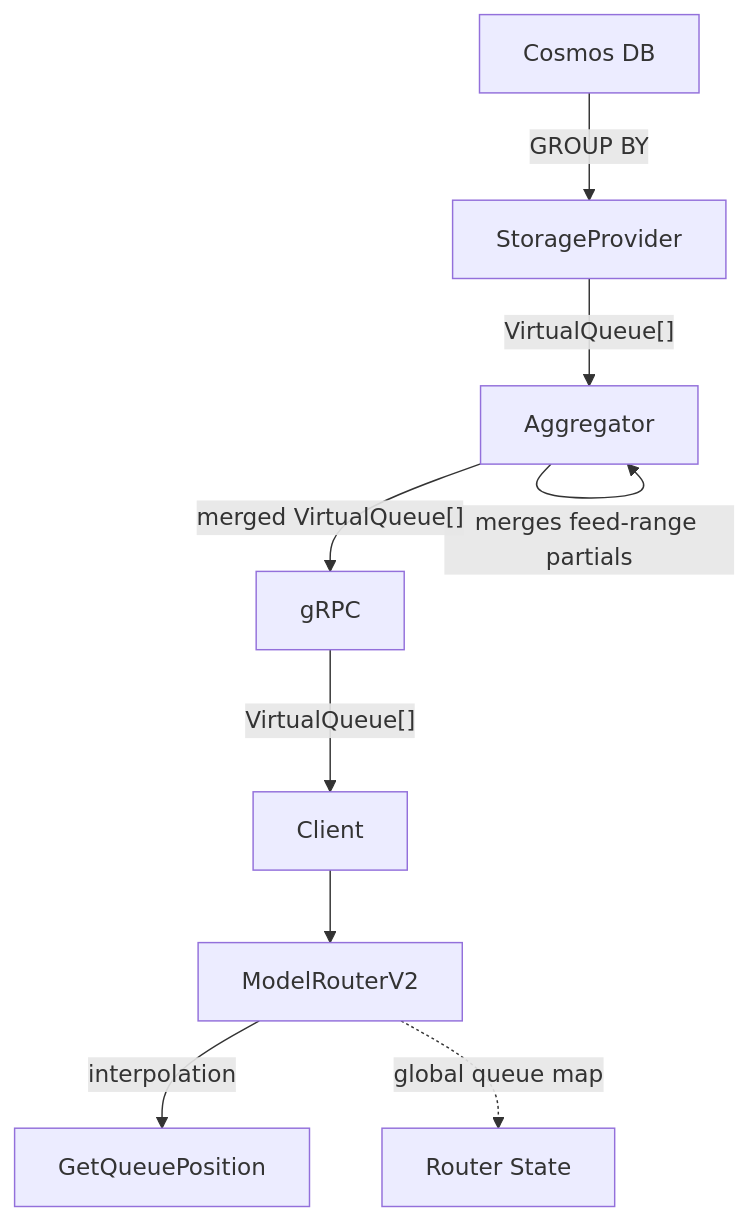
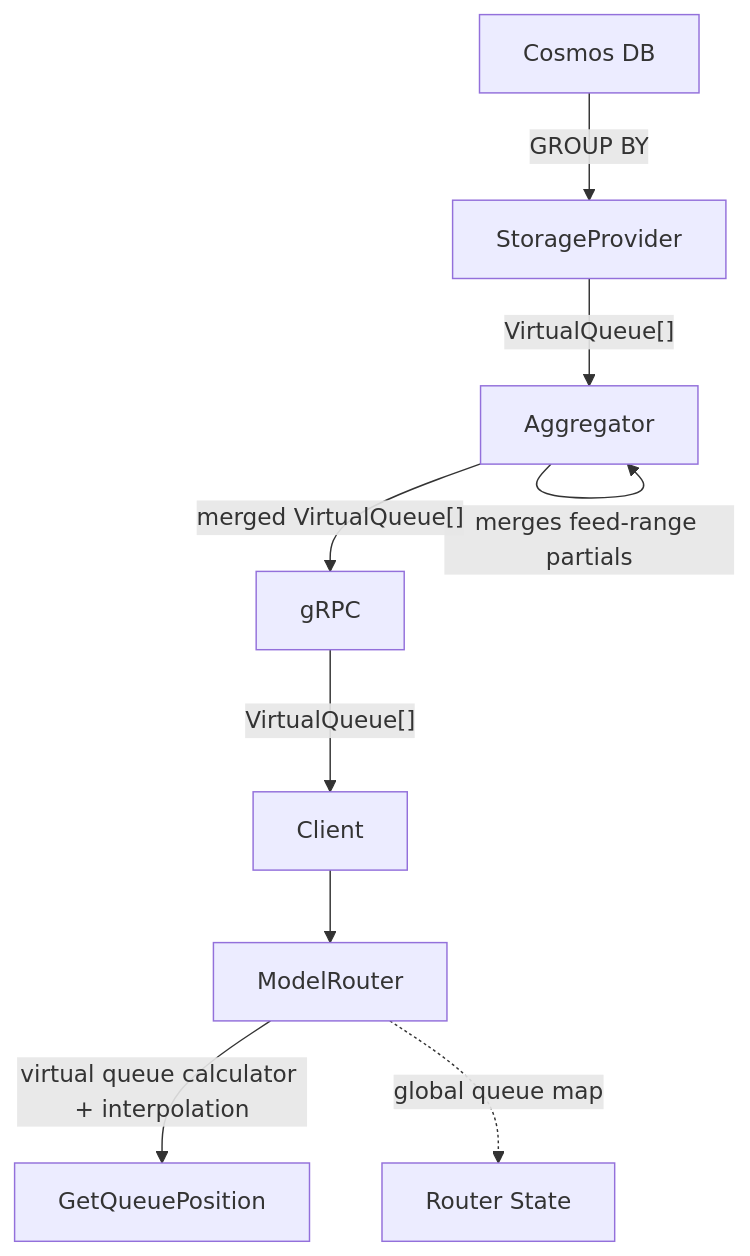
One commit to ronaldocl/plan changed the second of 2 diagrams in Virtual-Queue-Design/Model-Routing-Virtual-Queue.md. Above: the diagram before and after it, drawn with Mermaid. The commit also changed other lines of this file, not shown here.

Commit message:
Add IQueueCalculator

````diff
--- a/Virtual-Queue-Design/Model-Routing-Virtual-Queue.md
+++ b/Virtual-Queue-Design/Model-Routing-Virtual-Queue.md
@@ -755,11 +779,11 @@
 ```mermaid
 flowchart TB
     A["Cosmos DB"] -- "GROUP BY" --> B["StorageProvider"]
     B -- "VirtualQueue[]" --> C["Aggregator"]
     C -- "merges feed-range partials" --> C
     C -->|"merged VirtualQueue[]"| D["gRPC"]
     D -->|"VirtualQueue[]"| E["Client"]
-    E --> F["ModelRouterV2"]
-    F -->|"interpolation"| G["GetQueuePosition"]
+    E --> F["ModelRouter"]
+    F -->|"virtual queue calculator + interpolation"| G["GetQueuePosition"]
     F -.->|"global queue map"| H["Router State"]
 ```
````
